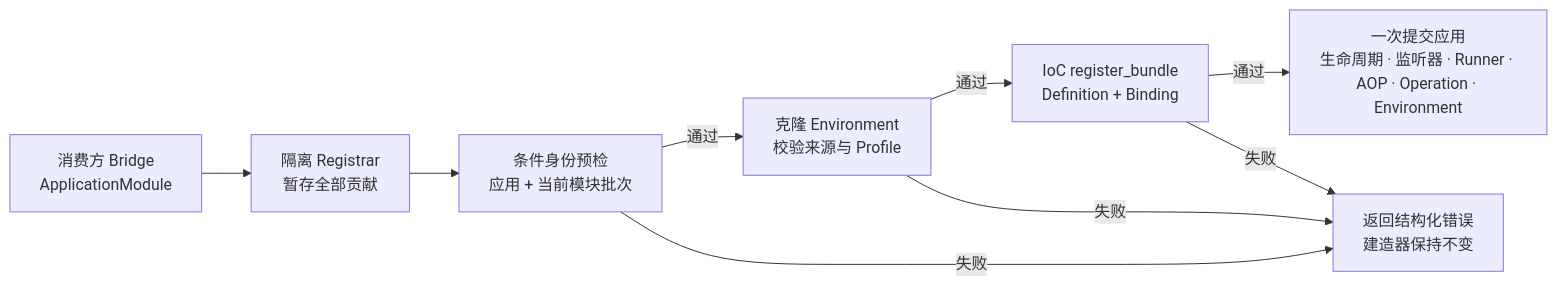
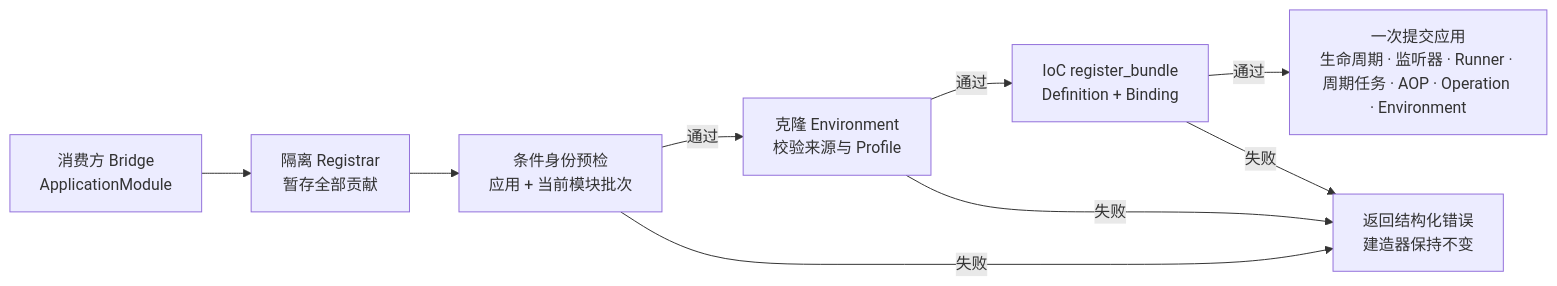
Diagram 14 of 26 in docs/Vernal-Architecture.zh_CN.md (easy-4-rust/vernal), drawn with Mermaid before and after one commit. The commit also changed other lines of this file and 33 other files, not shown here.

````diff
--- a/docs/Vernal-Architecture.zh_CN.md
+++ b/docs/Vernal-Architecture.zh_CN.md
@@ -931,19 +931,19 @@
 ```mermaid
 flowchart LR
     Bridge["消费方 Bridge<br/>ApplicationModule"]
     Stage["隔离 Registrar<br/>暂存全部贡献"]
     Condition["条件身份预检<br/>应用 + 当前模块批次"]
     Env["克隆 Environment<br/>校验来源与 Profile"]
     Bundle["IoC register_bundle<br/>Definition + Binding"]
-    Commit["一次提交应用<br/>生命周期 · 监听器 · Runner · AOP · Operation · Environment"]
+    Commit["一次提交应用<br/>生命周期 · 监听器 · Runner · 周期任务 · AOP · Operation · Environment"]
     Rollback["返回结构化错误<br/>建造器保持不变"]
 
     Bridge --> Stage
     Stage --> Condition
     Condition -->|"通过"| Env
     Condition -->|"失败"| Rollback
     Env -->|"通过"| Bundle
     Env -->|"失败"| Rollback
     Bundle -->|"通过"| Commit
     Bundle -->|"失败"| Rollback
 ```
````
